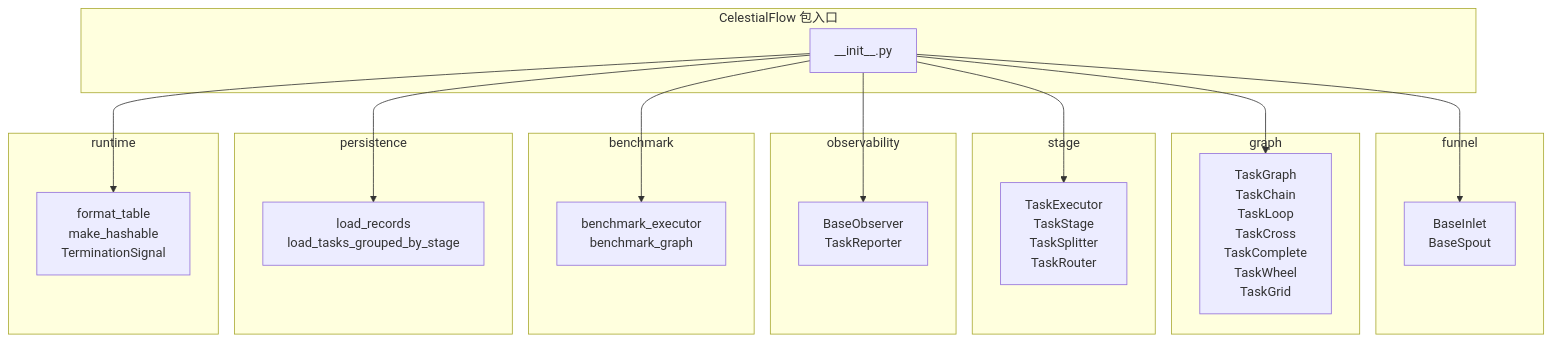
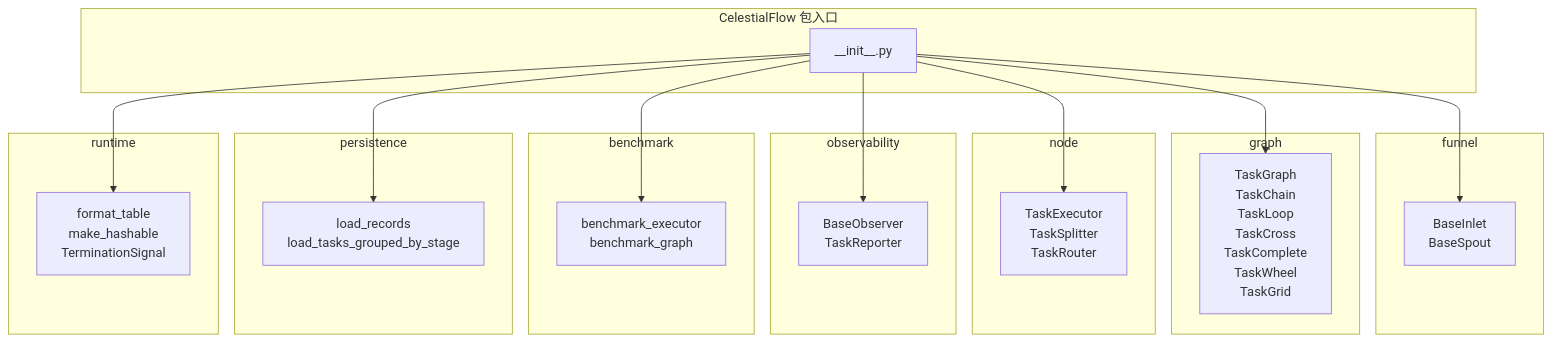
Before and after one commit to Mr-xiaotian/CelestialFlow: the diagram in docs/zh-CN/src/__init__.md, drawn with Mermaid. The commit also changed other lines of this file and 80 other files, not shown here.

````diff
--- a/docs/zh-CN/src/__init__.md
+++ b/docs/zh-CN/src/__init__.md
@@ -206,42 +206,42 @@
 ```mermaid
 graph TD
     subgraph "CelestialFlow 包入口"
         Init["__init__.py"]
     end
 
     subgraph funnel
         F["BaseInlet<br/>BaseSpout"]
     end
 
     subgraph graph
         G["TaskGraph<br/>TaskChain<br/>TaskLoop<br/>TaskCross<br/>TaskComplete<br/>TaskWheel<br/>TaskGrid"]
     end
 
-    subgraph stage
-        S["TaskExecutor<br/>TaskStage<br/>TaskSplitter<br/>TaskRouter"]
+    subgraph node
+        S["TaskExecutor<br/>TaskSplitter<br/>TaskRouter"]
     end
 
     subgraph observability
         O["BaseObserver<br/>TaskReporter"]
     end
 
     subgraph benchmark
         U["benchmark_executor<br/>benchmark_graph"]
     end
 
     subgraph persistence
         P["load_records<br/>load_tasks_grouped_by_stage"]
     end
 
     subgraph runtime
         R["format_table<br/>make_hashable<br/>TerminationSignal"]
     end
 
     Init --> F
     Init --> G
     Init --> S
     Init --> O
     Init --> U
     Init --> P
     Init --> R
 ```
````
